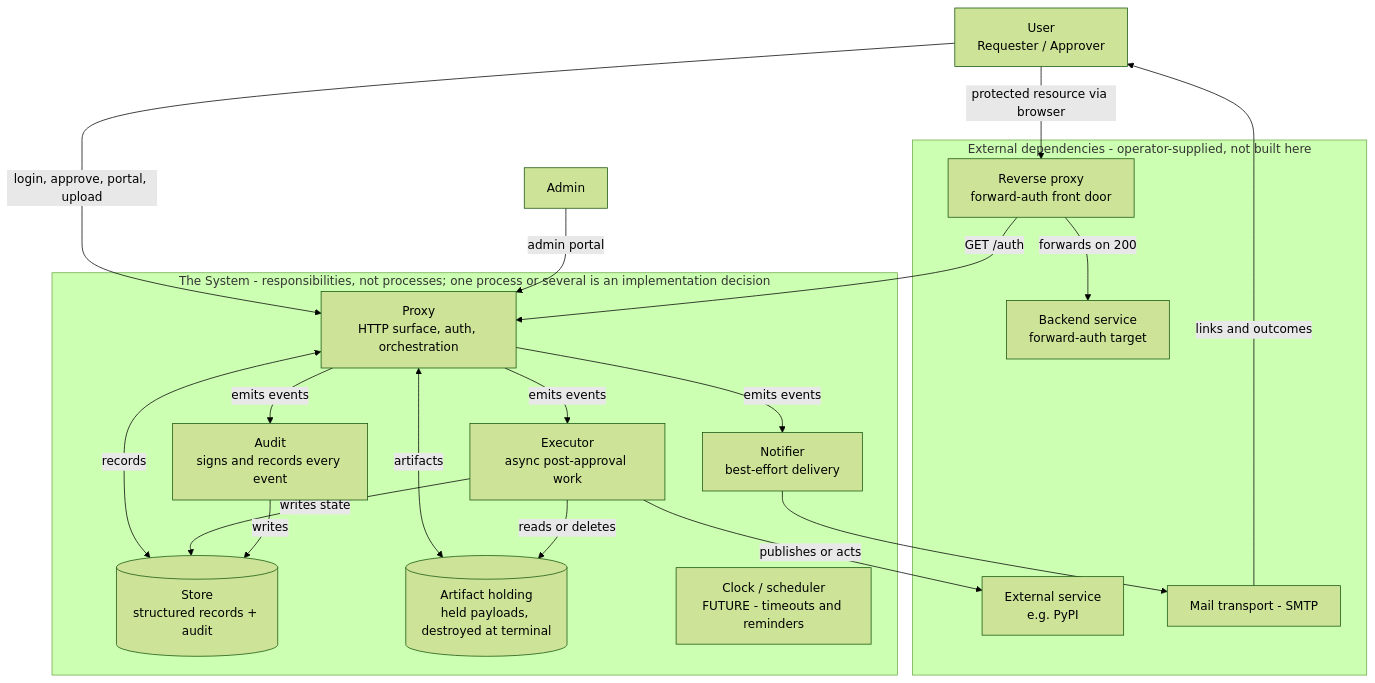
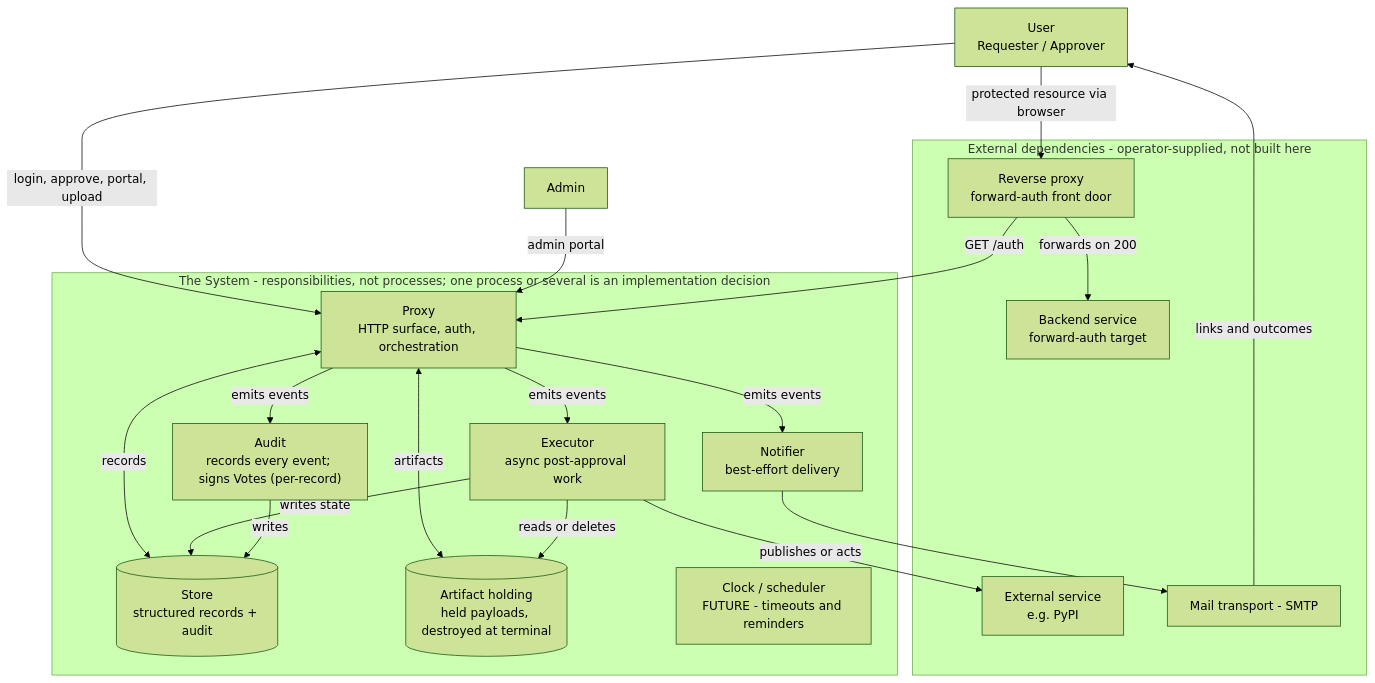
One commit to Ian-Costa18/Cybersecurity-Practicum changed the diagram in docs/architecture.md. Above: the diagram before and after it, drawn with Mermaid (forest theme). The commit also changed other lines of this file and 16 other files, not shown here.

````diff
--- a/docs/architecture.md
+++ b/docs/architecture.md
@@ -13,41 +13,41 @@
 ```mermaid
 flowchart TB
     user["User<br/>Requester / Approver"]
     admin["Admin"]
 
     subgraph ext["External dependencies - operator-supplied, not built here"]
         rproxy["Reverse proxy<br/>forward-auth front door"]
         backend["Backend service<br/>forward-auth target"]
         extsvc["External service<br/>e.g. PyPI"]
         mail["Mail transport - SMTP"]
     end
 
     subgraph sys["The System - responsibilities, not processes; one process or several is an implementation decision"]
         proxy["Proxy<br/>HTTP surface, auth, orchestration"]
         store[("Store<br/>structured records + audit")]
         artifacts[("Artifact holding<br/>held payloads, destroyed at terminal")]
         executor["Executor<br/>async post-approval work"]
         notifier["Notifier<br/>best-effort delivery"]
-        audit["Audit<br/>signs and records every event"]
+        audit["Audit<br/>records every event; signs Votes (per-record)"]
         clock["Clock / scheduler<br/>FUTURE - timeouts and reminders"]
     end
 
     user -->|protected resource via browser| rproxy
     user -->|login, approve, portal, upload| proxy
     admin -->|admin portal| proxy
     rproxy -->|GET /auth| proxy
     rproxy -->|forwards on 200| backend
 
     proxy <-->|records| store
     proxy <-->|artifacts| artifacts
     proxy -->|emits events| executor
     proxy -->|emits events| notifier
     proxy -->|emits events| audit
 
     executor -->|publishes or acts| extsvc
     executor -->|writes state| store
     executor -->|reads or deletes| artifacts
     audit -->|writes| store
     notifier --> mail
     mail -->|links and outcomes| user
 ```
````
